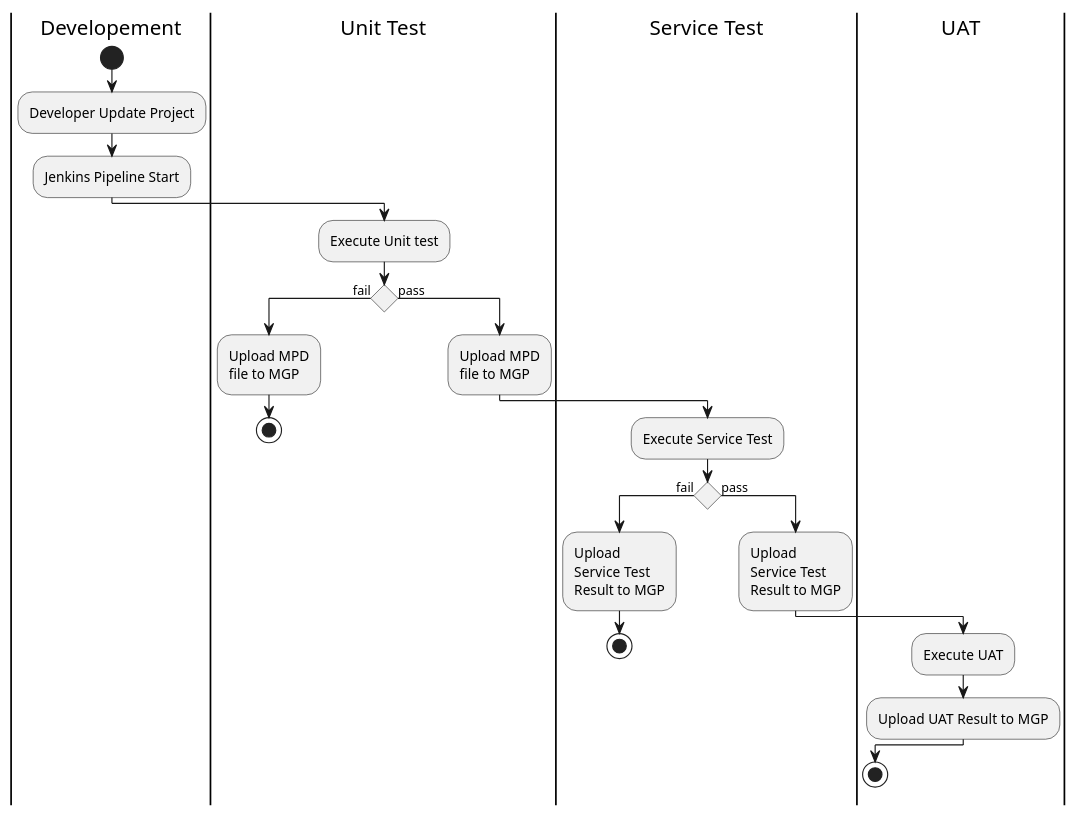
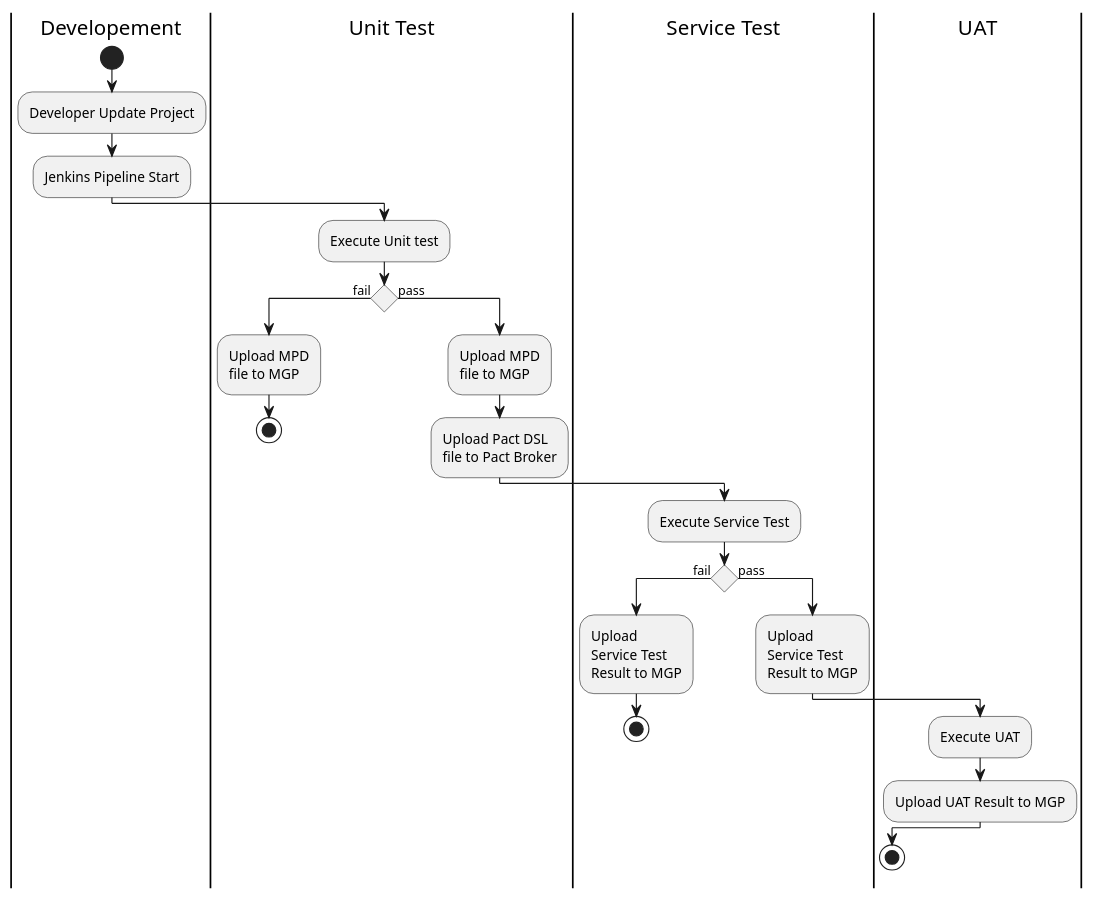
Before and after one commit to b4456609/mgp-back: the diagram in diagram/pipeline.puml, drawn with PlantUML.

Commit message:
pipeline diagram add upload  pact

```diff
--- a/diagram/pipeline.puml
+++ b/diagram/pipeline.puml
@@ -1,26 +1,27 @@
 @startuml
 |Developement|
 start
 :Developer Update Project;
 :Jenkins Pipeline Start;
 |Unit Test|
 :Execute Unit test;
 if () then (fail)
     :Upload MPD\nfile to MGP;
     stop
 else (pass)
     :Upload MPD\nfile to MGP;
+    :Upload Pact DSL\nfile to Pact Broker;
     |Service Test|
     :Execute Service Test;
     if () then (fail)
         :Upload \nService Test \nResult to MGP;
     stop
     else(pass)
         :Upload \nService Test \nResult to MGP;
         |UAT|
         :Execute UAT;
         :Upload UAT Result to MGP;
     endif
     stop
 endif
 @enduml
```
